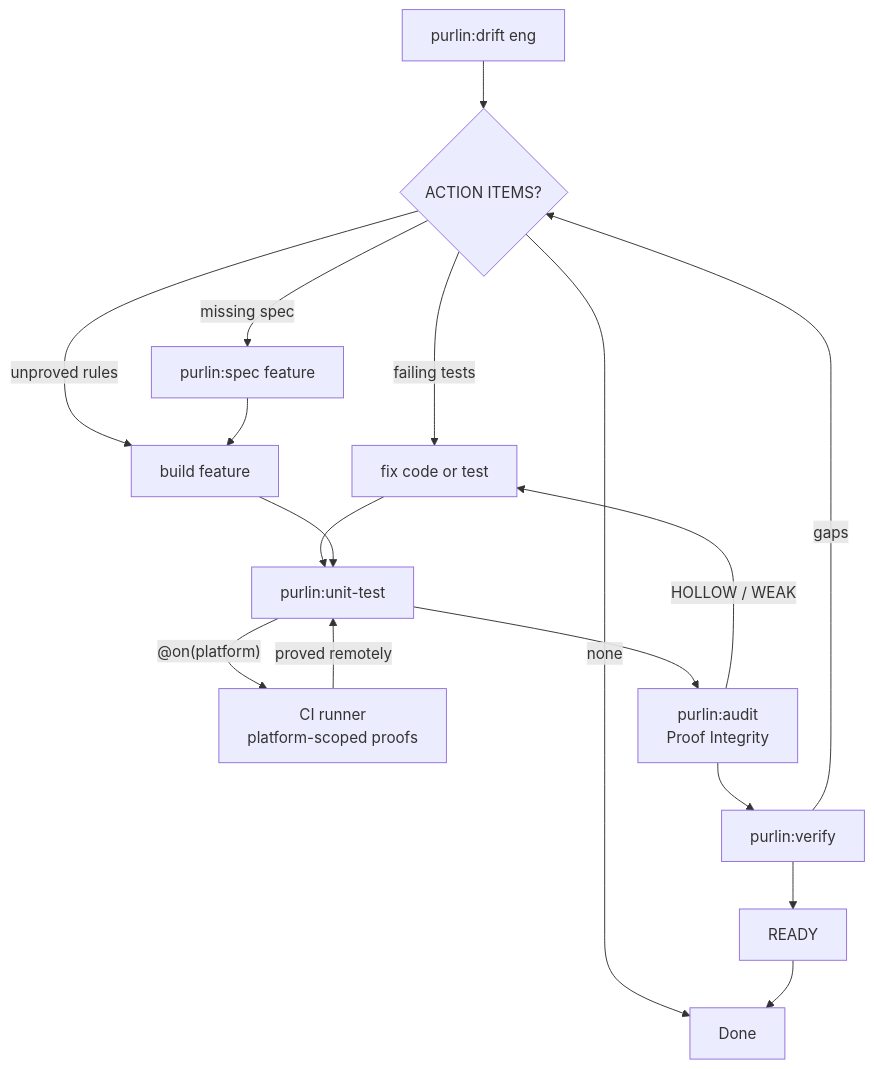
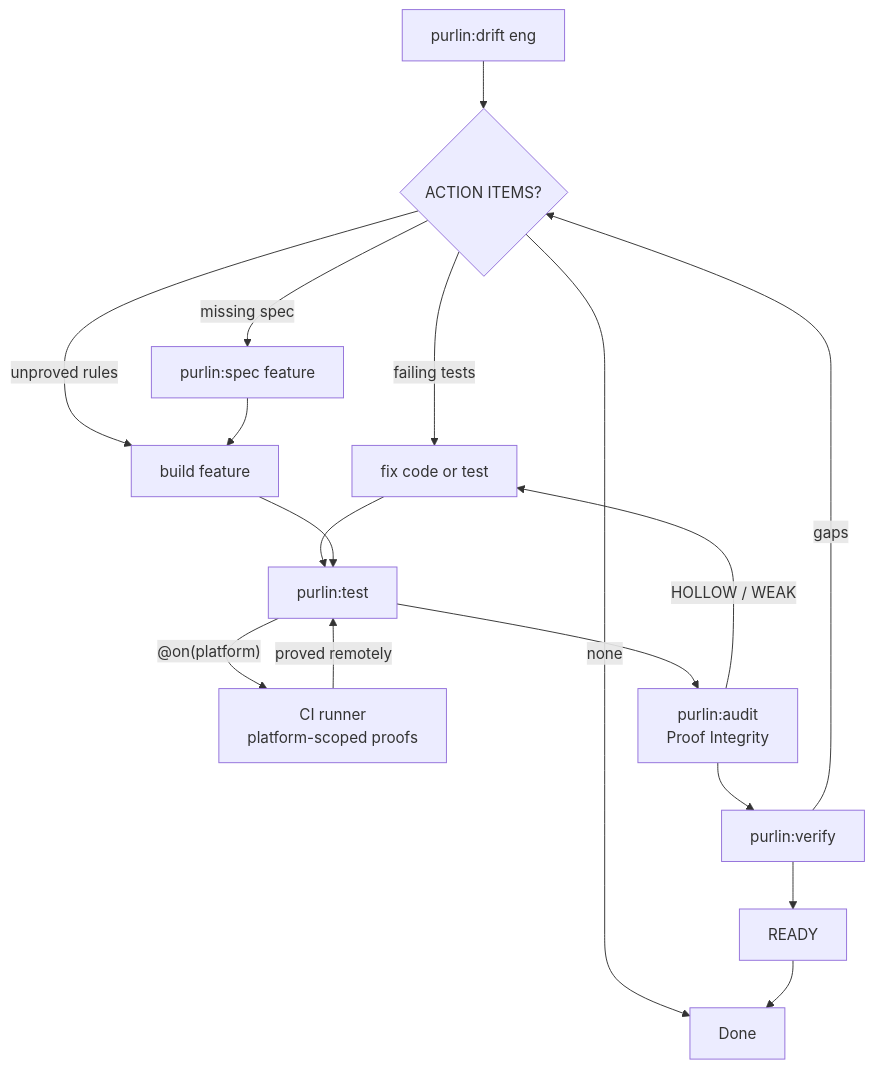
One commit to rlabarca/purlin changed the diagram in assets/src/lifecycle-eng-workflow.mmd. Above: the diagram before and after it, drawn with Mermaid. The commit also changed 8 other files, not shown here.

First line of the commit message:
docs(assets): purlin:test in the lifecycle diagrams; screenshots refreshed

```diff
--- a/assets/src/lifecycle-eng-workflow.mmd
+++ b/assets/src/lifecycle-eng-workflow.mmd
@@ -1,17 +1,17 @@
 graph TD
     start["purlin:drift eng"] --> items{"ACTION ITEMS?"}
     items -- failing tests --> fix["fix code or test"]
     items -- unproved rules --> build["build feature"]
     items -- missing spec --> spec["purlin:spec feature"]
     items -- none --> done["Done"]
     spec --> build
-    fix --> test["purlin:unit-test"]
+    fix --> test["purlin:test"]
     build --> test
     test -->|"@on(platform)"| runner["CI runner<br/>platform-scoped proofs"]
     runner -->|"proved remotely"| test
     test --> audit["purlin:audit<br/>Proof Integrity"]
     audit -->|"HOLLOW / WEAK"| fix
     audit --> verify["purlin:verify"]
     verify -- gaps --> items
     verify --> ready["READY"]
     ready --> done
```
